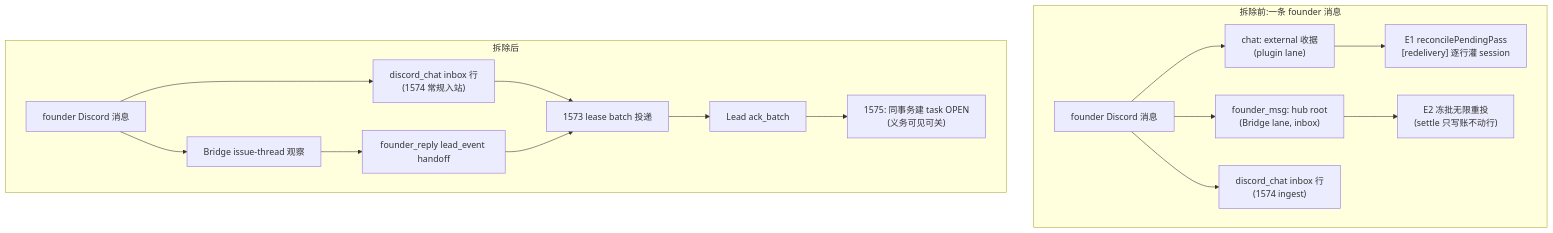
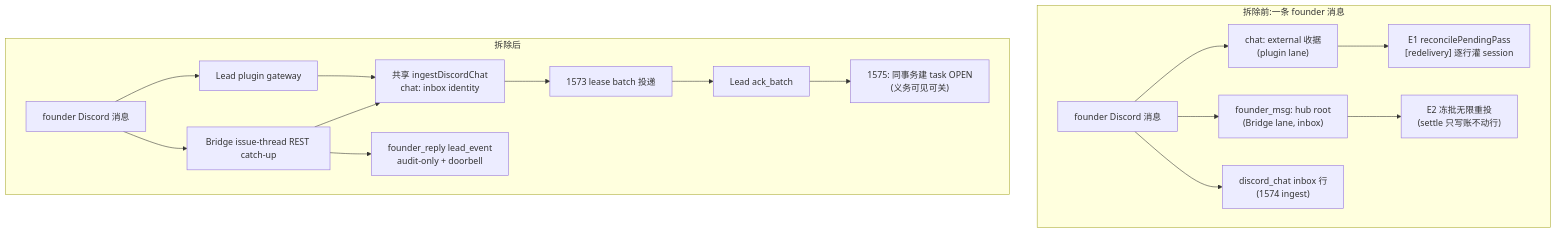
Before and after one commit to xrliAnnie/flywheel-qa-sandbox: the diagram in engineering/doc/FLY-1645-receipt-ledger-teardown/plan.md, drawn with Mermaid. The commit also changed other lines of this file, not shown here.

Commit message:
docs(FLY-1645): preserve founder catch-up transport

````diff
--- a/engineering/doc/FLY-1645-receipt-ledger-teardown/plan.md
+++ b/engineering/doc/FLY-1645-receipt-ledger-teardown/plan.md
@@ -25,19 +25,20 @@
 ```mermaid
 flowchart TB
     subgraph before["拆除前:一条 founder 消息"]
         F[founder Discord 消息] --> T1["chat: external 收据<br/>(plugin lane)"]
         F --> T2["founder_msg: hub root<br/>(Bridge lane, inbox)"]
         F --> T3["discord_chat inbox 行<br/>(1574 ingest)"]
         T1 --> E1["E1 reconcilePendingPass<br/>[redelivery] 逐行灌 session"]
         T2 --> E2["E2 冻批无限重投<br/>(settle 只写账不动行)"]
     end
     subgraph after["拆除后"]
-        F2[founder Discord 消息] --> I["discord_chat inbox 行<br/>(1574 常规入站)"]
+        F2[founder Discord 消息] --> P["Lead plugin gateway"]
+        F2 --> B["Bridge issue-thread REST catch-up"]
+        P --> I["共享 ingestDiscordChat<br/>chat: inbox identity"]
+        B --> I
         I --> L["1573 lease batch 投递"]
         L --> A["Lead ack_batch"]
         A --> K["1575: 同事务建 task OPEN<br/>(义务可见可关)"]
-        F2 --> B["Bridge issue-thread 观察"]
-        B --> H["founder_reply lead_event handoff"]
-        H --> L
+        B --> H["founder_reply lead_event<br/>audit-only + doorbell"]
     end
 ```
````
